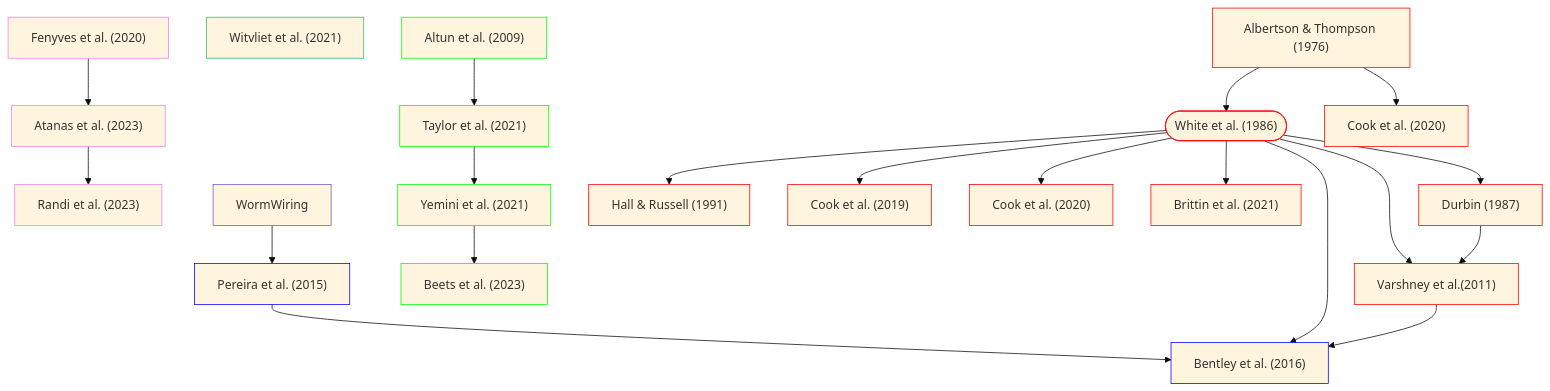
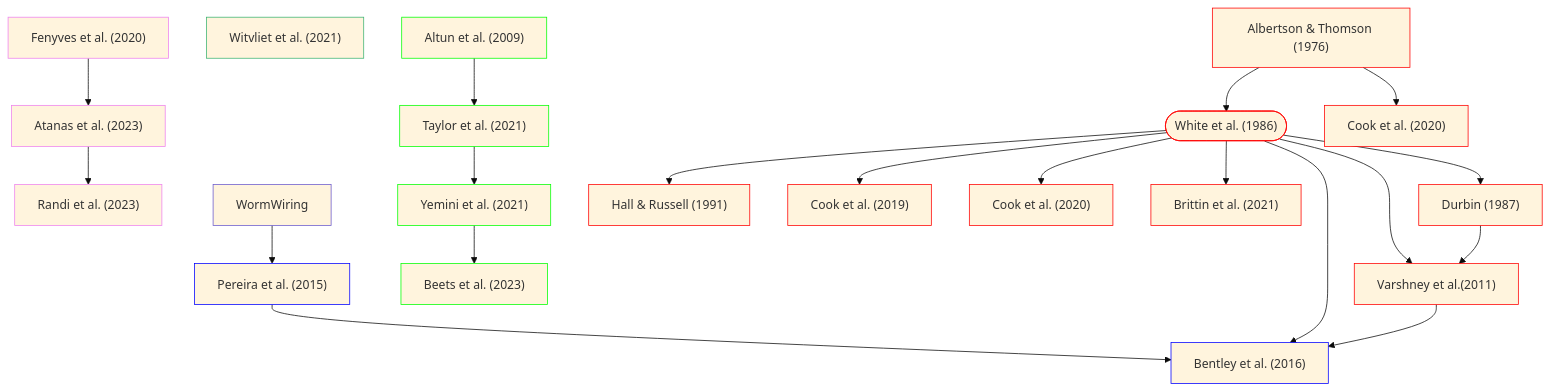
Before and after one commit to yasinthanvickneswaran/mermaidtest: the diagram in README.md, drawn with Mermaid (base theme).

````diff
--- a/README.md
+++ b/README.md
@@ -1,32 +1,32 @@
 ```mermaid
 flowchart TD
     classDef anat stroke:#f00
     classDef gene stroke:#0f0
     classDef es stroke:#00f
     classDef func stroke:#ee82ee
     classDef dev stroke:#3cb371
     classDef db stroke:#6a5acd
 
     H["Fenyves et al. (2020)"]:::func --> O["Atanas et al. (2023)"]:::func
     O --> P["Randi et al. (2023)"]:::func    
     K["Witvliet et al. (2021)"]:::dev
     E["Pereira et al. (2015)"]:::es --> F["Bentley et al. (2016)"]:::es
 
     C["Altun et al. (2009)"]:::gene --> L["Taylor et al. (2021)"]:::gene
     L --> M["Yemini et al. (2021)"]:::gene
     M --> N["Beets et al. (2023)"]:::gene
 
     A(["White et al. (1986)"]):::anat --> B["Durbin (1987)"]:::anat
-    A1["Albertson & Thompson (1976)"]:::anat --> A
+    A1["Albertson & Thomson (1976)"]:::anat --> A
     A1 --> P1["Cook et al. (2020)"]:::anat
     A  --> A2["Hall & Russell (1991)"]:::anat
     A --> D["Varshney et al.(2011)"]:::anat
     B --> D
     A --> G["Cook et al. (2019)"]:::anat
     A --> I["Cook et al. (2020)"]:::anat
     A --> J["Brittin et al. (2021)"]:::anat
     A --> F
     D --> F
     DB1["WormWiring"]:::db --> E
 
 ```
````
